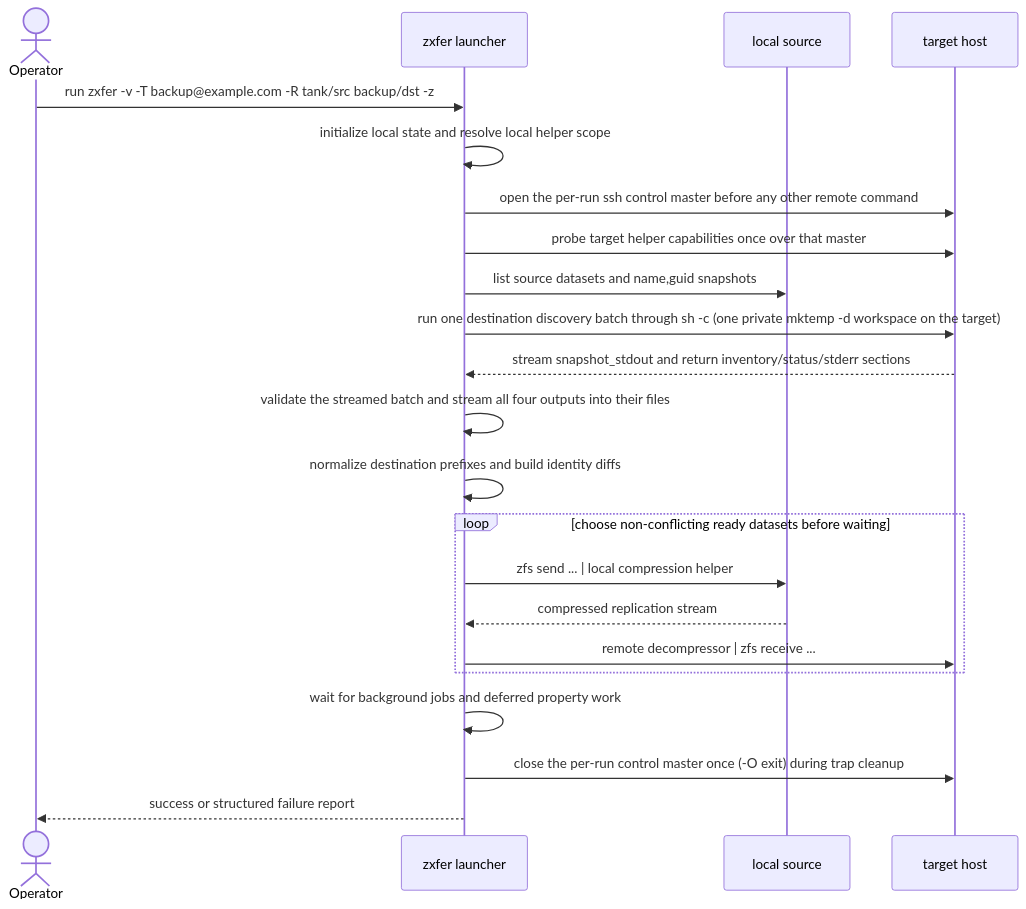
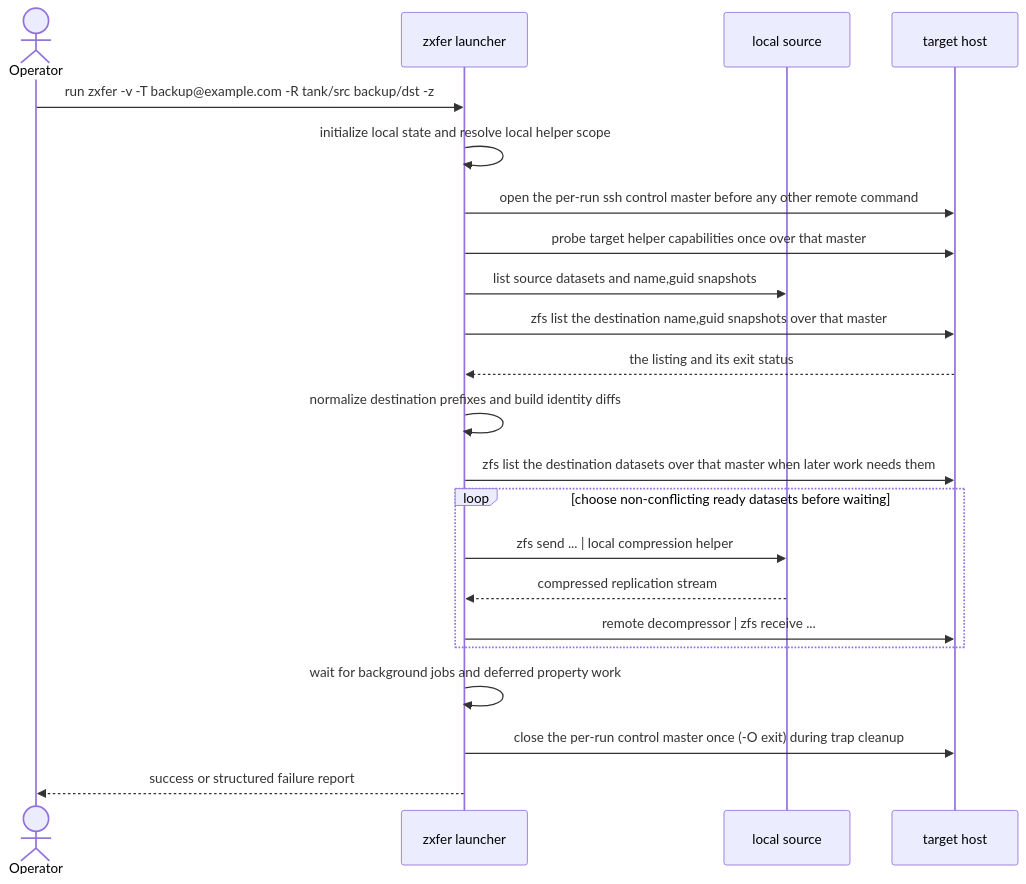
Before and after one commit to totalAldo/zxfer: the sixth of 8 diagrams in docs/architecture.md, drawn with Mermaid. The commit also changed other lines of this file and 24 other files, not shown here.

First line of the commit message:
Discovery: list a -T destination like a local one

````diff
--- a/docs/architecture.md
+++ b/docs/architecture.md
@@ -681,25 +671,25 @@
 ```mermaid
 sequenceDiagram
     actor Operator
     participant Launcher as zxfer launcher
     participant Local as local source
     participant Target as target host
 
     Operator->>Launcher: run zxfer -v -T backup@example.com -R tank/src backup/dst -z
     Launcher->>Launcher: initialize local state and resolve local helper scope
     Launcher->>Target: open the per-run ssh control master before any other remote command
     Launcher->>Target: probe target helper capabilities once over that master
     Launcher->>Local: list source datasets and name,guid snapshots
-    Launcher->>Target: run one destination discovery batch through sh -c (one private mktemp -d workspace on the target)
-    Target-->>Launcher: stream snapshot_stdout and return inventory/status/stderr sections
-    Launcher->>Launcher: validate the streamed batch and stream all four outputs into their files
+    Launcher->>Target: zfs list the destination name,guid snapshots over that master
+    Target-->>Launcher: the listing and its exit status
     Launcher->>Launcher: normalize destination prefixes and build identity diffs
+    Launcher->>Target: zfs list the destination datasets over that master when later work needs them
     loop choose non-conflicting ready datasets before waiting
         Launcher->>Local: zfs send ... | local compression helper
         Local-->>Launcher: compressed replication stream
         Launcher->>Target: remote decompressor | zfs receive ...
     end
     Launcher->>Launcher: wait for background jobs and deferred property work
     Launcher->>Target: close the per-run control master once (-O exit) during trap cleanup
     Launcher-->>Operator: success or structured failure report
 ```
````
